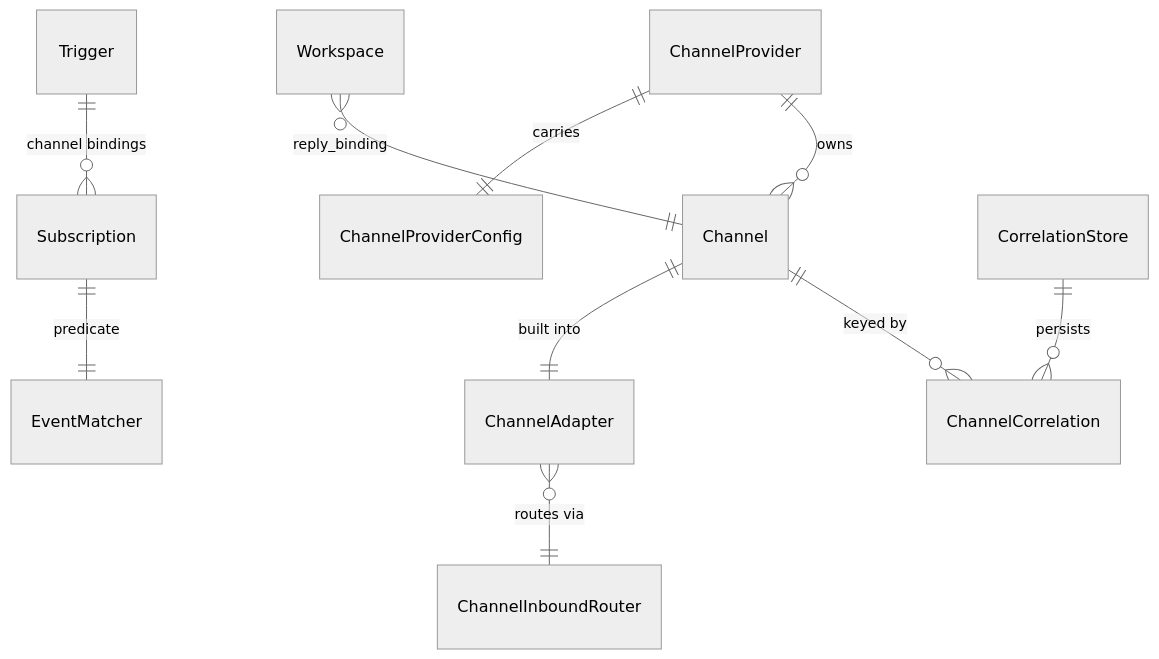
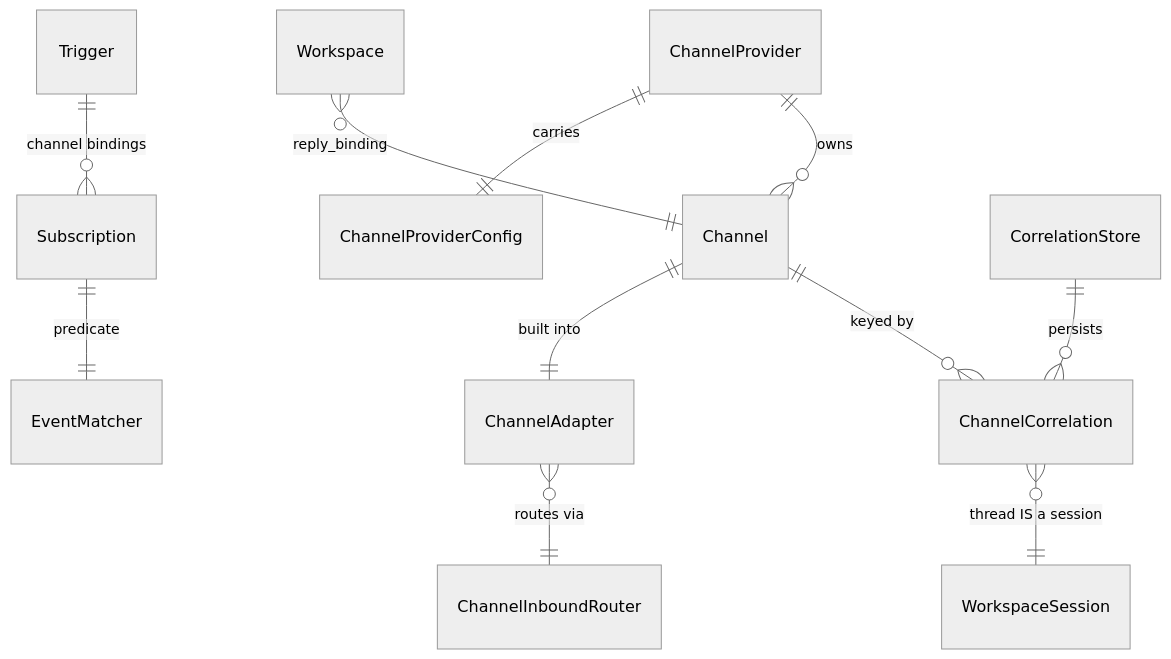
One commit to primerhq/primer changed the first of 2 diagrams in docs/dev/subsystems/channels.md. Above: the diagram before and after it, drawn with Mermaid (neutral theme). The commit also changed other lines of this file and 2 other files, not shown here.

````diff
--- a/docs/dev/subsystems/channels.md
+++ b/docs/dev/subsystems/channels.md
@@ -29,12 +29,13 @@
 ```mermaid
 erDiagram
     ChannelProvider ||--o{ Channel : "owns"
     Channel ||--o{ ChannelCorrelation : "keyed by"
+    ChannelCorrelation }o--|| WorkspaceSession : "thread IS a session"
     Workspace }o--|| Channel : "reply_binding"
     Trigger ||--o{ Subscription : "channel bindings"
     Subscription ||--|| EventMatcher : "predicate"
     Channel ||--|| ChannelAdapter : "built into"
     ChannelProvider ||--|| ChannelProviderConfig : "carries"
     ChannelAdapter }o--|| ChannelInboundRouter : "routes via"
     CorrelationStore ||--o{ ChannelCorrelation : "persists"
 ```
````
